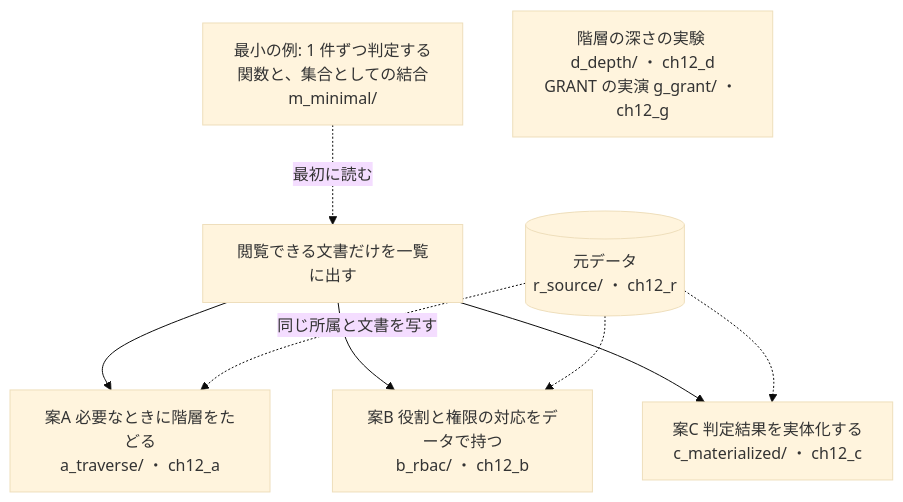
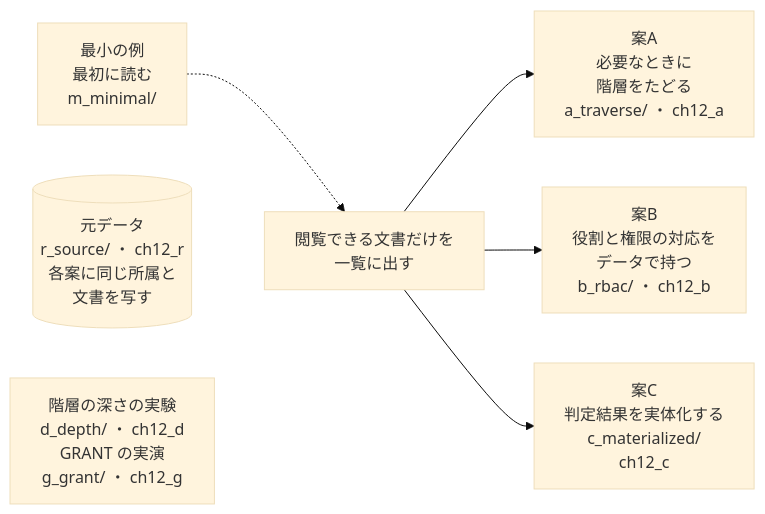
The first of 9 diagrams in ch12_permission/README.md (driftnode986/postgresql-db-design-samples), drawn with Mermaid (base theme) before and after one commit. The commit also changed other lines of this file and 15 other files, not shown here.

First line of the commit message:
docs: 設計案の構成図を縦並びにし、幅の広い ER 図を分けて、GitHub で縮まない大きさにする

````diff
--- a/ch12_permission/README.md
+++ b/ch12_permission/README.md
@@ -16,13 +16,11 @@
 ```mermaid
-flowchart TD
-  Q["閲覧できる文書だけを一覧に出す"]
-  R[("元データ<br/>r_source/ ・ ch12_r")]
-  Q --> A["案A 必要なときに階層をたどる<br/>a_traverse/ ・ ch12_a"]
-  Q --> B["案B 役割と権限の対応をデータで持つ<br/>b_rbac/ ・ ch12_b"]
-  Q --> C["案C 判定結果を実体化する<br/>c_materialized/ ・ ch12_c"]
-  M["最小の例: 1 件ずつ判定する関数と、集合としての結合<br/>m_minimal/"] -.->|最初に読む| Q
-  E["階層の深さの実験 d_depth/ ・ ch12_d<br/>GRANT の実演 g_grant/ ・ ch12_g"]
-  R -.->|同じ所属と文書を写す| A
-  R -.-> B
-  R -.-> C
+flowchart LR
+  M["最小の例<br/>最初に読む<br/>m_minimal/"] -.-> Q
+  Q["閲覧できる文書だけを<br/>一覧に出す"]
+  R[("元データ<br/>r_source/ ・ ch12_r<br/>各案に同じ所属と<br/>文書を写す")]
+  Q --> A["案A<br/>必要なときに<br/>階層をたどる<br/>a_traverse/ ・ ch12_a"]
+  Q --> B["案B<br/>役割と権限の対応を<br/>データで持つ<br/>b_rbac/ ・ ch12_b"]
+  Q --> C["案C<br/>判定結果を実体化する<br/>c_materialized/<br/>ch12_c"]
+  E["階層の深さの実験<br/>d_depth/ ・ ch12_d<br/>GRANT の実演<br/>g_grant/ ・ ch12_g"]
+  R ~~~ Q
 ```
````
